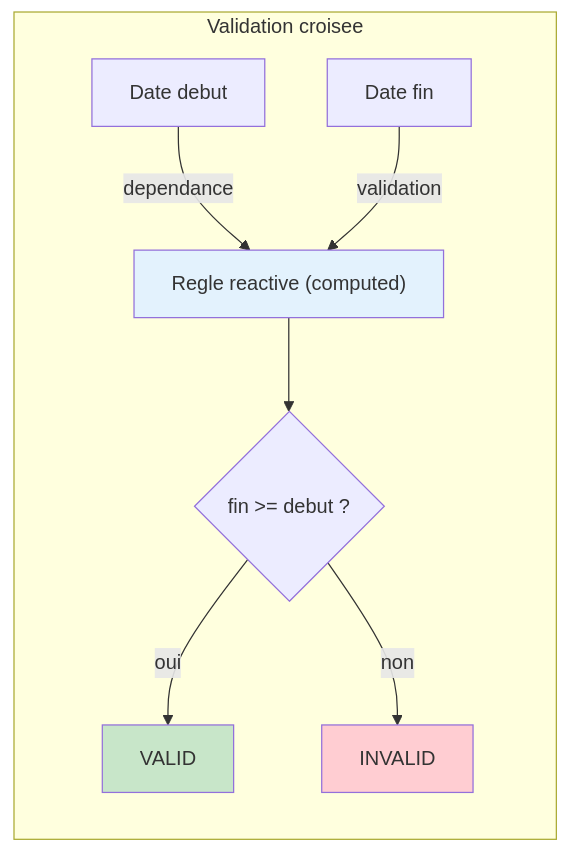
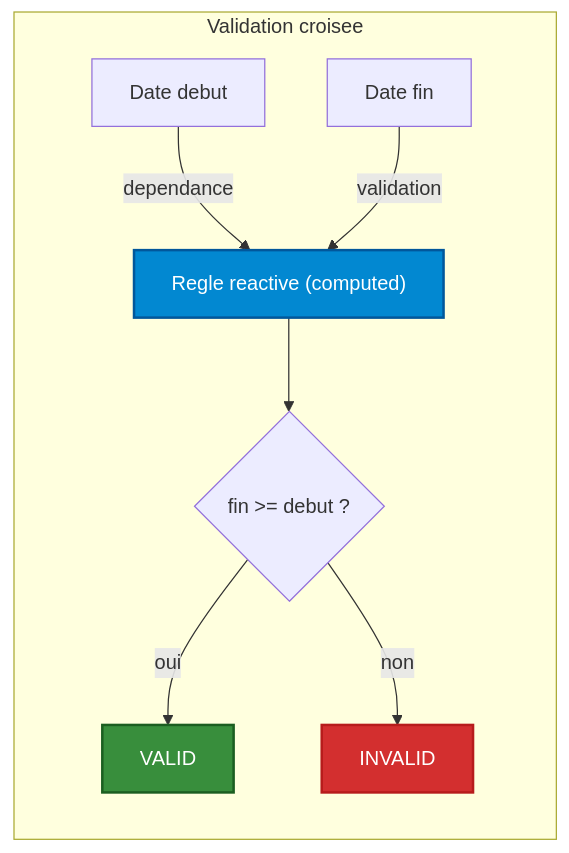
The eighth of 9 diagrams in VALIDATION_SYSTEM_GUIDE.md (assurance-maladie-digital/design-system-v3), drawn with Mermaid before and after one commit. The commit also changed other lines of this file, not shown here.

````diff
--- a/VALIDATION_SYSTEM_GUIDE.md
+++ b/VALIDATION_SYSTEM_GUIDE.md
@@ -334,21 +334,21 @@
 ```mermaid
 flowchart LR
     subgraph CrossValidation["Validation croisee"]
         Start["Date debut"]
         End["Date fin"]
         Rule["Regle reactive (computed)"]
         RuleCheck{"fin >= debut ?"}
         Valid["VALID"]
         Invalid["INVALID"]
     end
 
     Start -->|dependance| Rule
     End -->|validation| Rule
     Rule --> RuleCheck
     RuleCheck -->|oui| Valid
     RuleCheck -->|non| Invalid
 
-    style Rule fill:#e3f2fd
-    style Valid fill:#c8e6c9
-    style Invalid fill:#ffcdd2
+    style Rule fill:#0288d1,color:#fff,stroke:#01579b,stroke-width:2px
+    style Valid fill:#388e3c,color:#fff,stroke:#1b5e20,stroke-width:2px
+    style Invalid fill:#d32f2f,color:#fff,stroke:#b71c1c,stroke-width:2px
 ```
````
